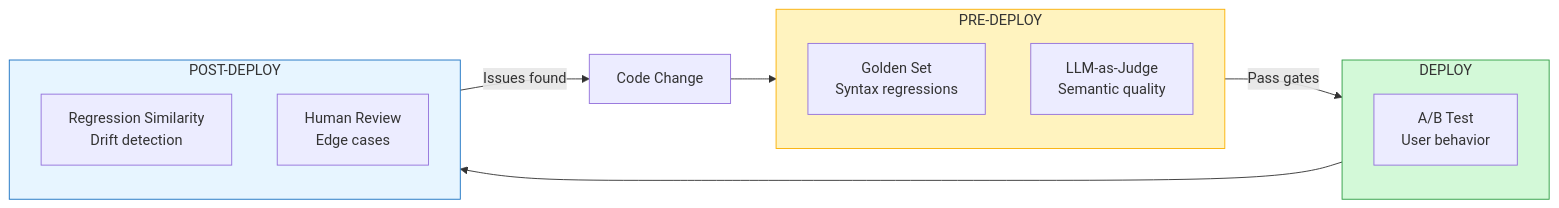
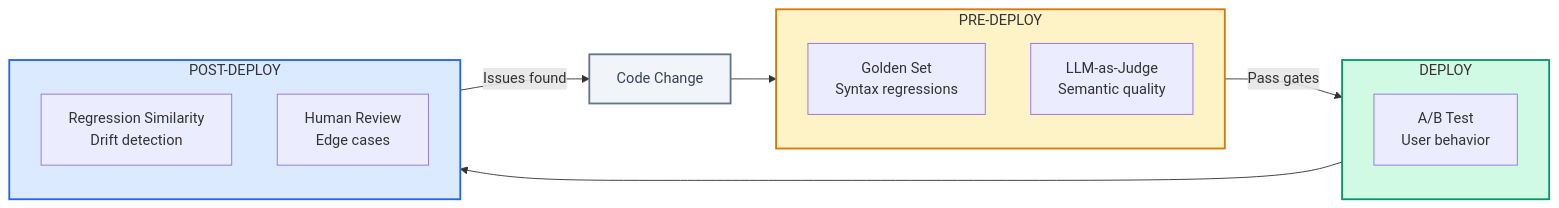
The diagram in 06-operations/eval-and-regression.md (whoisrade/agentic-field-manual), drawn with Mermaid before and after one commit. The commit also changed 18 other files, not shown here.

Commit message:
refine mermaid diagrams with enterprise color palette

````diff
--- a/06-operations/eval-and-regression.md
+++ b/06-operations/eval-and-regression.md
@@ -34,25 +34,26 @@
 ```mermaid
 flowchart LR
     subgraph PreDeploy["PRE-DEPLOY"]
-        G[Golden Set<br/>Syntax regressions]
-        LLM[LLM-as-Judge<br/>Semantic quality]
+        G["Golden Set<br/>Syntax regressions"]
+        LLM["LLM-as-Judge<br/>Semantic quality"]
     end
     
     subgraph Deploy["DEPLOY"]
-        AB[A/B Test<br/>User behavior]
+        AB["A/B Test<br/>User behavior"]
     end
     
     subgraph PostDeploy["POST-DEPLOY"]
-        RS[Regression Similarity<br/>Drift detection]
-        HR[Human Review<br/>Edge cases]
+        RS["Regression Similarity<br/>Drift detection"]
+        HR["Human Review<br/>Edge cases"]
     end
     
-    Code[Code Change] --> PreDeploy
-    PreDeploy -->|Pass gates| Deploy
+    Code["Code Change"] --> PreDeploy
+    PreDeploy -->|"Pass gates"| Deploy
     Deploy --> PostDeploy
-    PostDeploy -->|Issues found| Code
+    PostDeploy -->|"Issues found"| Code
     
-    style PreDeploy fill:#fff3bf,stroke:#fab005
-    style Deploy fill:#d3f9d8,stroke:#2f9e44
-    style PostDeploy fill:#e7f5ff,stroke:#1971c2
+    style Code fill:#f1f5f9,stroke:#64748b,stroke-width:2px,color:#334155
+    style PreDeploy fill:#fef3c7,stroke:#d97706,stroke-width:2px
+    style Deploy fill:#d1fae5,stroke:#059669,stroke-width:2px
+    style PostDeploy fill:#dbeafe,stroke:#2563eb,stroke-width:2px
 ```
````
